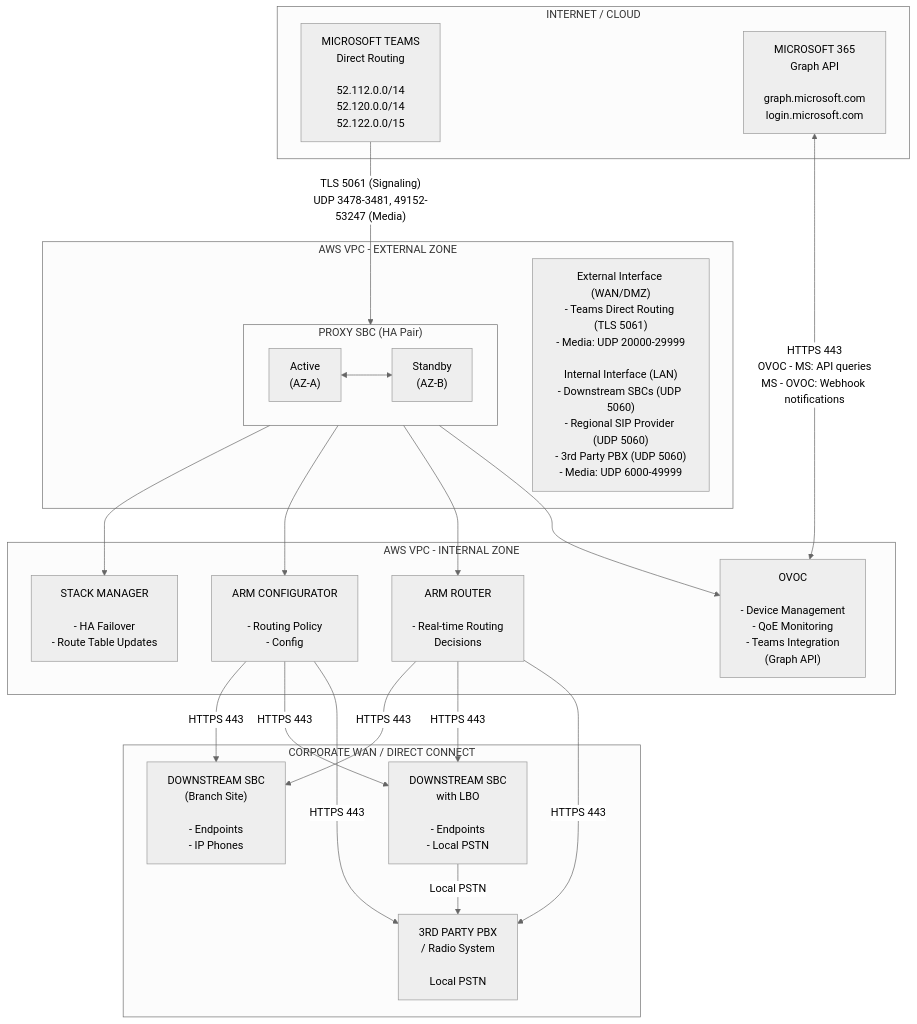
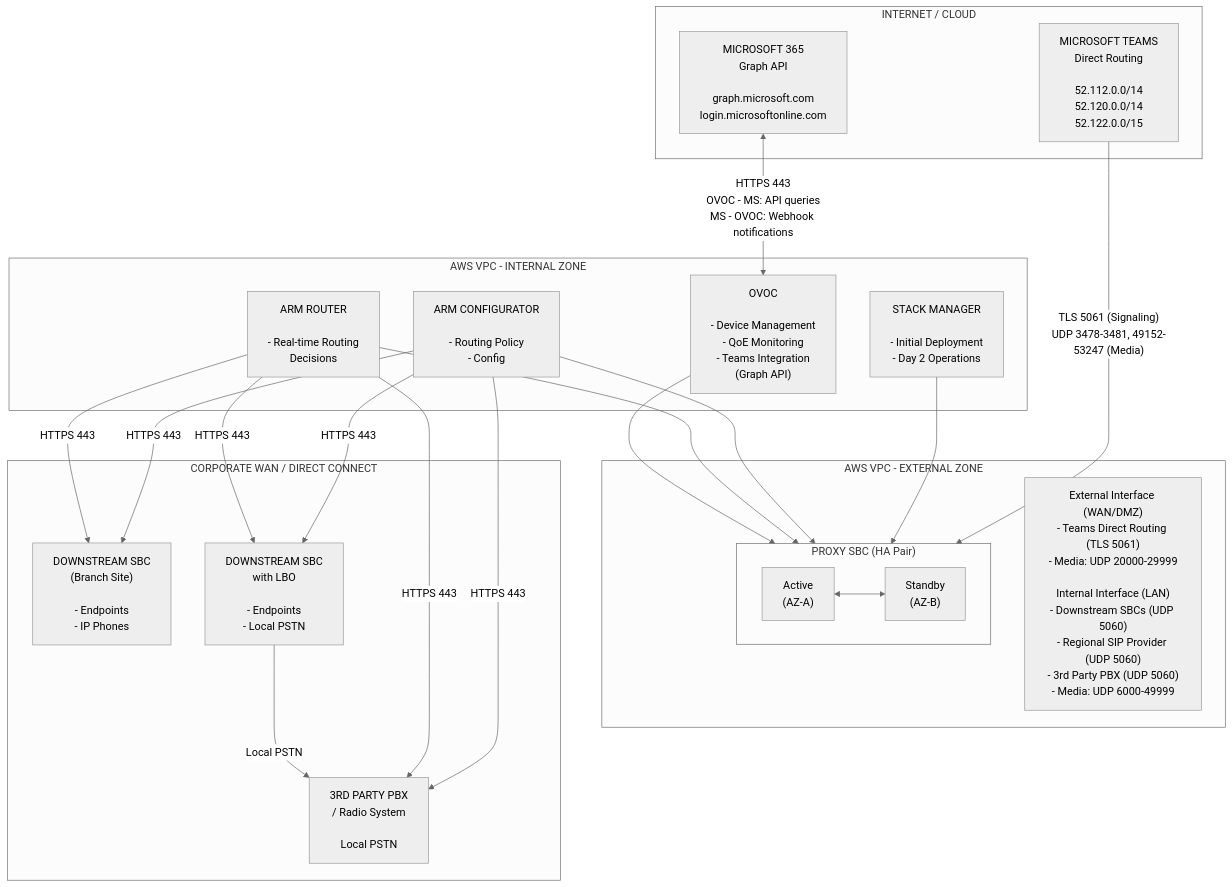
Diagram 12 of 26 in AudioCodes-AWS-Deployment-Guide.md (kevinsing999/public), drawn with Mermaid (neutral theme) before and after one commit. The commit also changed other lines of this file and 12 other files, not shown here.

````diff
--- a/AudioCodes-AWS-Deployment-Guide.md
+++ b/AudioCodes-AWS-Deployment-Guide.md
@@ -3284,46 +3290,46 @@
 ```mermaid
 flowchart TB
     subgraph Internet["INTERNET / CLOUD"]
         Teams["MICROSOFT TEAMS<br/>Direct Routing<br/><br/>52.112.0.0/14<br/>52.120.0.0/14<br/>52.122.0.0/15"]
-        M365["MICROSOFT 365<br/>Graph API<br/><br/>graph.microsoft.com<br/>login.microsoft.com"]
+        M365["MICROSOFT 365<br/>Graph API<br/><br/>graph.microsoft.com<br/>login.microsoftonline.com"]
     end
 
     subgraph ExternalZone["AWS VPC - EXTERNAL ZONE"]
         subgraph ProxySBC["PROXY SBC (HA Pair)"]
             Active["Active<br/>(AZ-A)"]
             Standby["Standby<br/>(AZ-B)"]
             Active <--> Standby
         end
         ProxySBCInfo["External Interface (WAN/DMZ)<br/>- Teams Direct Routing (TLS 5061)<br/>- Media: UDP 20000-29999<br/><br/>Internal Interface (LAN)<br/>- Downstream SBCs (UDP 5060)<br/>- Regional SIP Provider (UDP 5060)<br/>- 3rd Party PBX (UDP 5060)<br/>- Media: UDP 6000-49999"]
     end
 
     subgraph InternalZone["AWS VPC - INTERNAL ZONE"]
-        StackMgr["STACK MANAGER<br/><br/>- HA Failover<br/>- Route Table Updates"]
+        StackMgr["STACK MANAGER<br/><br/>- Initial Deployment<br/>- Day 2 Operations"]
         ARMConfig["ARM CONFIGURATOR<br/><br/>- Routing Policy<br/>- Config"]
         ARMRouter["ARM ROUTER<br/><br/>- Real-time Routing<br/>  Decisions"]
         OVOC["OVOC<br/><br/>- Device Management<br/>- QoE Monitoring<br/>- Teams Integration<br/>  (Graph API)"]
     end
 
     subgraph CorpWAN["CORPORATE WAN / DIRECT CONNECT"]
         DownstreamSBC1["DOWNSTREAM SBC<br/>(Branch Site)<br/><br/>- Endpoints<br/>- IP Phones"]
         DownstreamSBC2["DOWNSTREAM SBC<br/>with LBO<br/><br/>- Endpoints<br/>- Local PSTN"]
         ThirdPartyPBX["3RD PARTY PBX<br/>/ Radio System<br/><br/>Local PSTN"]
     end
 
     Teams -->|"TLS 5061 (Signaling)<br/>UDP 3478-3481, 49152-53247 (Media)"| ProxySBC
     M365 <-->|"HTTPS 443<br/>OVOC - MS: API queries<br/>MS - OVOC: Webhook notifications"| OVOC
 
-    ProxySBC --> StackMgr
-    ProxySBC --> ARMConfig
-    ProxySBC --> ARMRouter
-    ProxySBC --> OVOC
+    StackMgr --> ProxySBC
+    ARMConfig --> ProxySBC
+    ARMRouter --> ProxySBC
+    OVOC --> ProxySBC
 
     ARMConfig -->|"HTTPS 443"| DownstreamSBC1
     ARMConfig -->|"HTTPS 443"| DownstreamSBC2
     ARMRouter -->|"HTTPS 443"| DownstreamSBC1
     ARMRouter -->|"HTTPS 443"| DownstreamSBC2
     ARMConfig -->|"HTTPS 443"| ThirdPartyPBX
     ARMRouter -->|"HTTPS 443"| ThirdPartyPBX
 
     DownstreamSBC2 -->|"Local PSTN"| ThirdPartyPBX
 ```
````
